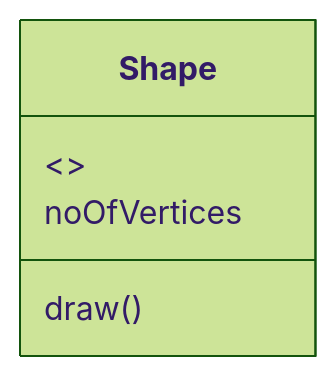
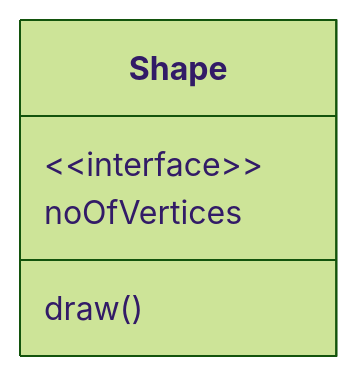
The ninth of 9 diagrams in development/markdown/markdown-mermaid-class-diagram.md (yanjinzh6/notes), drawn with Mermaid (forest theme) before and after one commit. The commit also changed other lines of this file and 1 other file, not shown here.

Commit message:
docs(development): 修改文档, hexo-filter-mermaid-diagrams 插件不支持 <<>>, 使用转移代替

````diff
--- a/development/markdown/markdown-mermaid-class-diagram.md
+++ b/development/markdown/markdown-mermaid-class-diagram.md
@@ -251,9 +251,9 @@
 ```mermaid
 classDiagram
 %% This whole line is a comment classDiagram class Shape <<interface>>
 class Shape{
-  <escape><<interface>></escape>
+  &lt;&lt;interface&gt;&gt;
   noOfVertices
   draw()
 }
 ```
````
